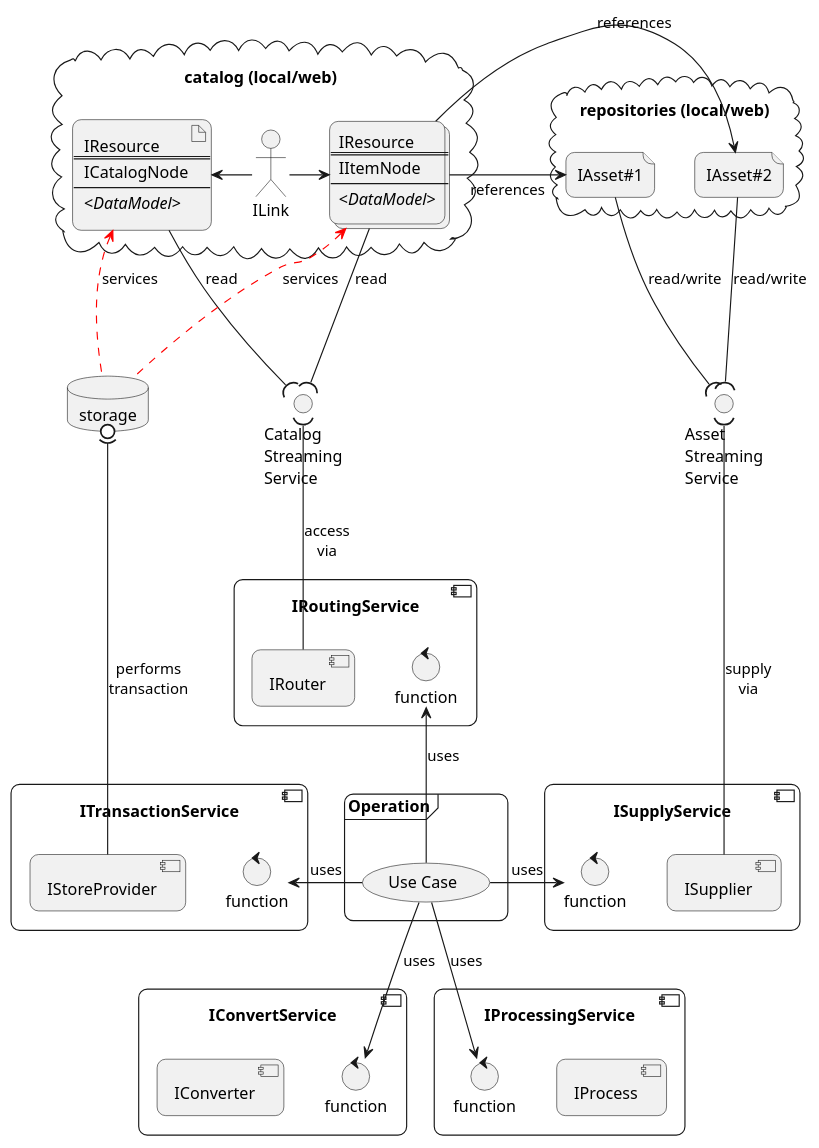
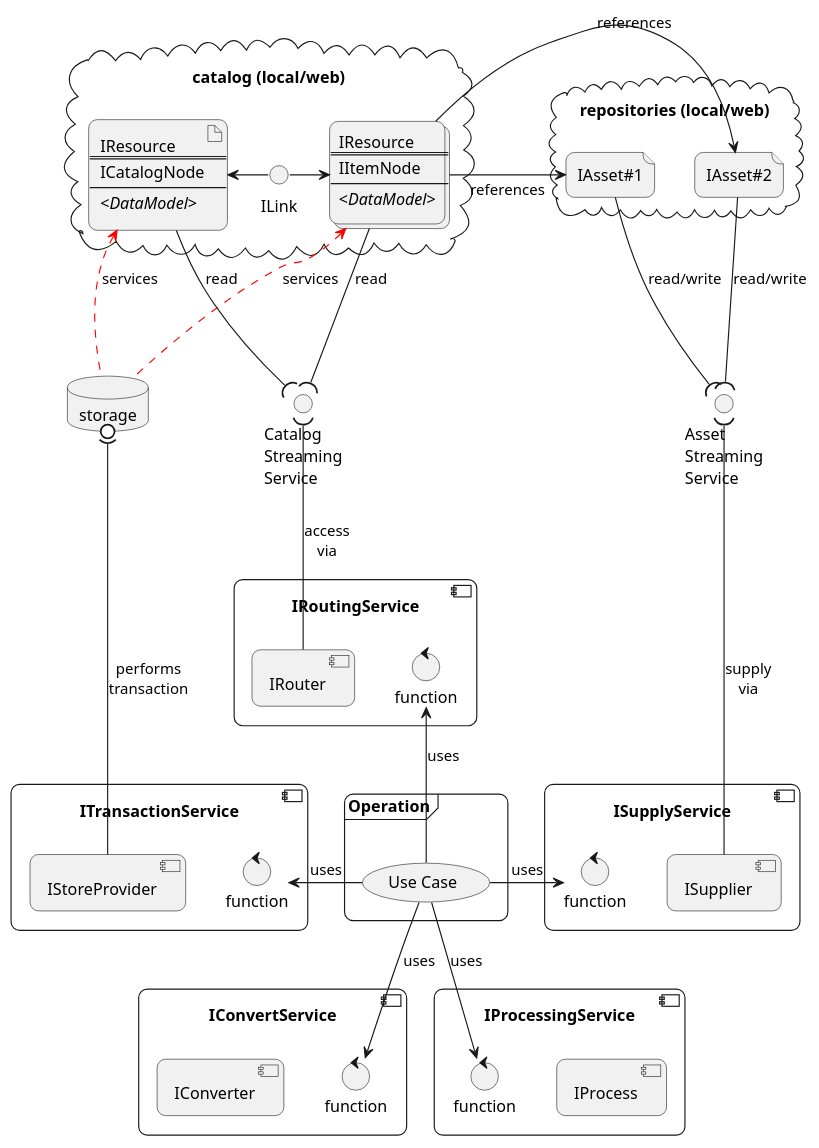
Before and after one commit to Terradue/Stars: the diagram in docs/diagrams/design.puml, drawn with PlantUML. The commit also changed 8 other files, not shown here.

```diff
--- a/docs/diagrams/design.puml
+++ b/docs/diagrams/design.puml
@@ -1,91 +1,92 @@
 @startuml Conceptual Design
 
 skinparam roundCorner 15
 
 frame Operation {
     usecase "Use Case" as uc
 }
 
 component IRoutingService {
     component IRouter
     control function as routingFunction
 }
 
 
 
 cloud "catalog (local/web)" as catalog {
     artifact IResource1 [
     IResource
     ====
     ICatalogNode
     ----
     <<i>DataModel</i>>
     ]
     collections IResource2 [
     IResource
     ====
     IItemNode
     ----
     <<i>DataModel</i>>
     ]
+    interface ILink
     IResource1 <- ILink
     ILink -> IResource2
 }
 
 component ISupplyService {
     component ISupplier
     control function as supplyFunction
 }
 
 database storage {
 
 }
 
 component ITransactionService {
     component IStoreProvider
     control function as transactionFunction
 }
 
 component IConvertService {
     control function as convertFunction
     component IConverter
 }
 
 component IProcessingService {
     component IProcess
     control function as processFunction
 }
 
 uc -up-> routingFunction : uses
 uc -right-> supplyFunction : uses
 uc -> transactionFunction : uses
 uc -down-> convertFunction : uses
 uc -down-> processFunction : uses
 
 cloud "repositories (local/web)" as repo {
     file "IAsset#1" as IAsset1
     file "IAsset#2" as IAsset2
 }
 
 interface "Catalog\nStreaming\nService" as protocol
 IResource1 -down-( protocol : "read"
 IResource2 -down-( protocol : "read"
 protocol )-down- IRouter : "access\nvia"
 
 IResource2 -> IAsset1 : "references"
 IResource2 -> IAsset2 : "references"
 
 interface "Asset\nStreaming\nService" as protocol2
 
 IAsset1 -down-( protocol2 : "read/write"
 IAsset2 -down-( protocol2 : "read/write"
 protocol2 )-down- ISupplier : "supply\nvia"
 
 storage 0)-down- IStoreProvider : "performs\ntransaction"
 
 storage -up-> IResource1 #red;line.dashed : services
 storage -up-> IResource2 #red;line.dashed : services
 
 
 
 @enduml
```
